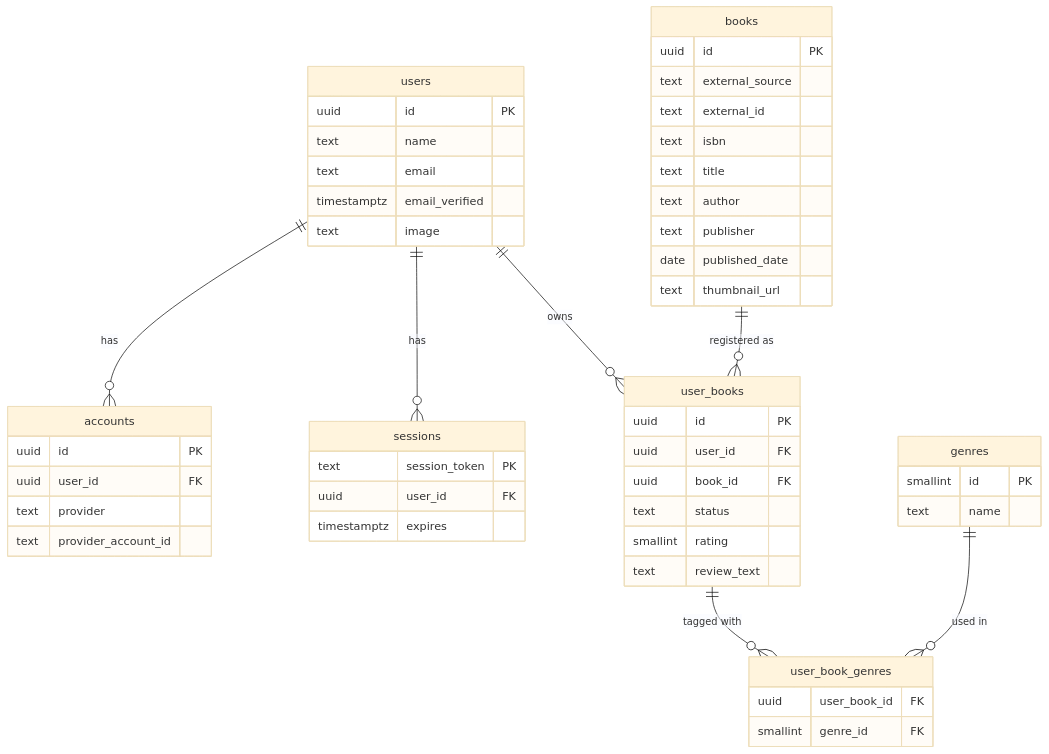
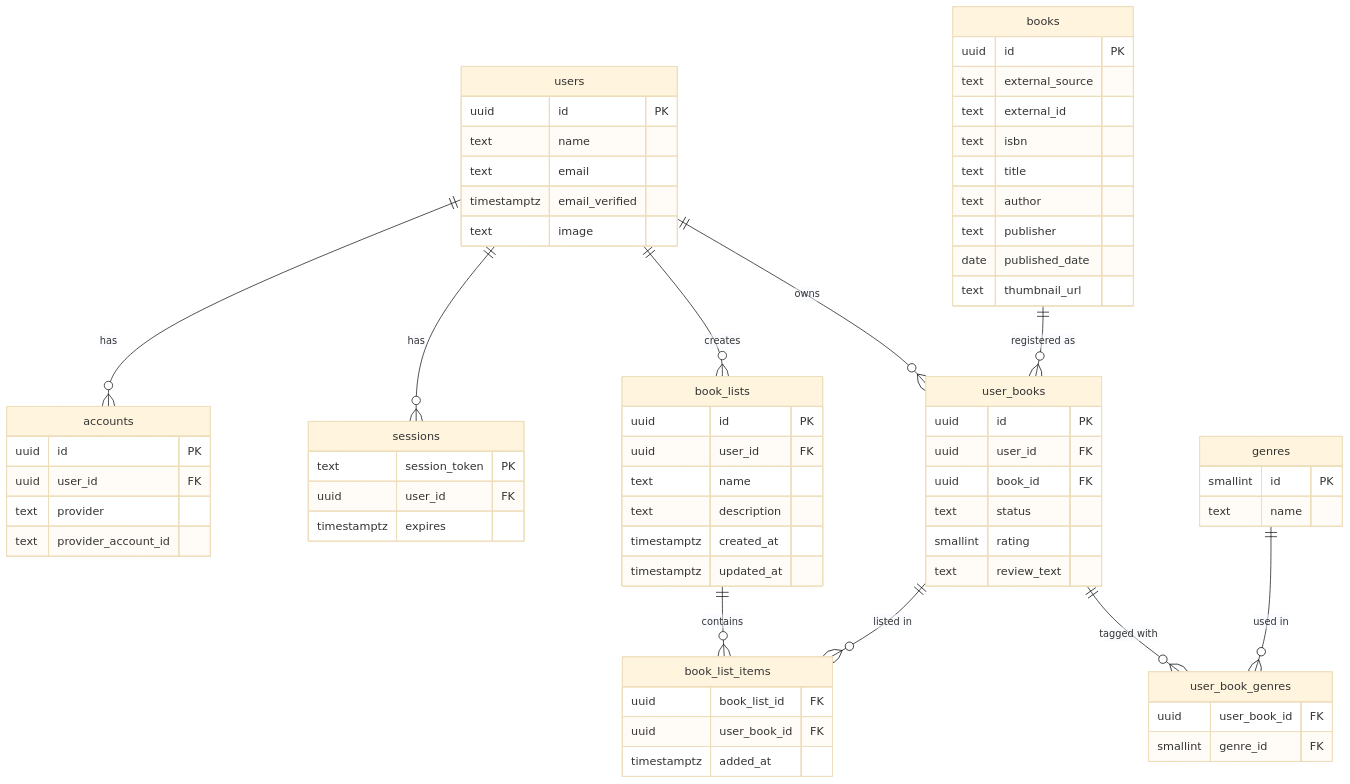
The diagram in docs/database-design.md (kentaro-nakayama/BookShelf), drawn with Mermaid (base theme) before and after one commit. The commit also changed other lines of this file and 11 other files, not shown here.

````diff
--- a/docs/database-design.md
+++ b/docs/database-design.md
@@ -9,55 +9,71 @@
 ```mermaid
 erDiagram
     users ||--o{ accounts : "has"
     users ||--o{ sessions : "has"
     users ||--o{ user_books : "owns"
     books ||--o{ user_books : "registered as"
     user_books ||--o{ user_book_genres : "tagged with"
     genres ||--o{ user_book_genres : "used in"
+    users ||--o{ book_lists : "creates"
+    book_lists ||--o{ book_list_items : "contains"
+    user_books ||--o{ book_list_items : "listed in"
 
     users {
         uuid id PK
         text name
         text email
         timestamptz email_verified
         text image
     }
     accounts {
         uuid id PK
         uuid user_id FK
         text provider
         text provider_account_id
     }
     sessions {
         text session_token PK
         uuid user_id FK
         timestamptz expires
     }
     books {
         uuid id PK
         text external_source
         text external_id
         text isbn
         text title
         text author
         text publisher
         date published_date
         text thumbnail_url
     }
     user_books {
         uuid id PK
         uuid user_id FK
         uuid book_id FK
         text status
         smallint rating
         text review_text
     }
     genres {
         smallint id PK
         text name
     }
     user_book_genres {
         uuid user_book_id FK
         smallint genre_id FK
     }
+    book_lists {
+        uuid id PK
+        uuid user_id FK
+        text name
+        text description
+        timestamptz created_at
+        timestamptz updated_at
+    }
+    book_list_items {
+        uuid book_list_id FK
+        uuid user_book_id FK
+        timestamptz added_at
+    }
 ```
````
